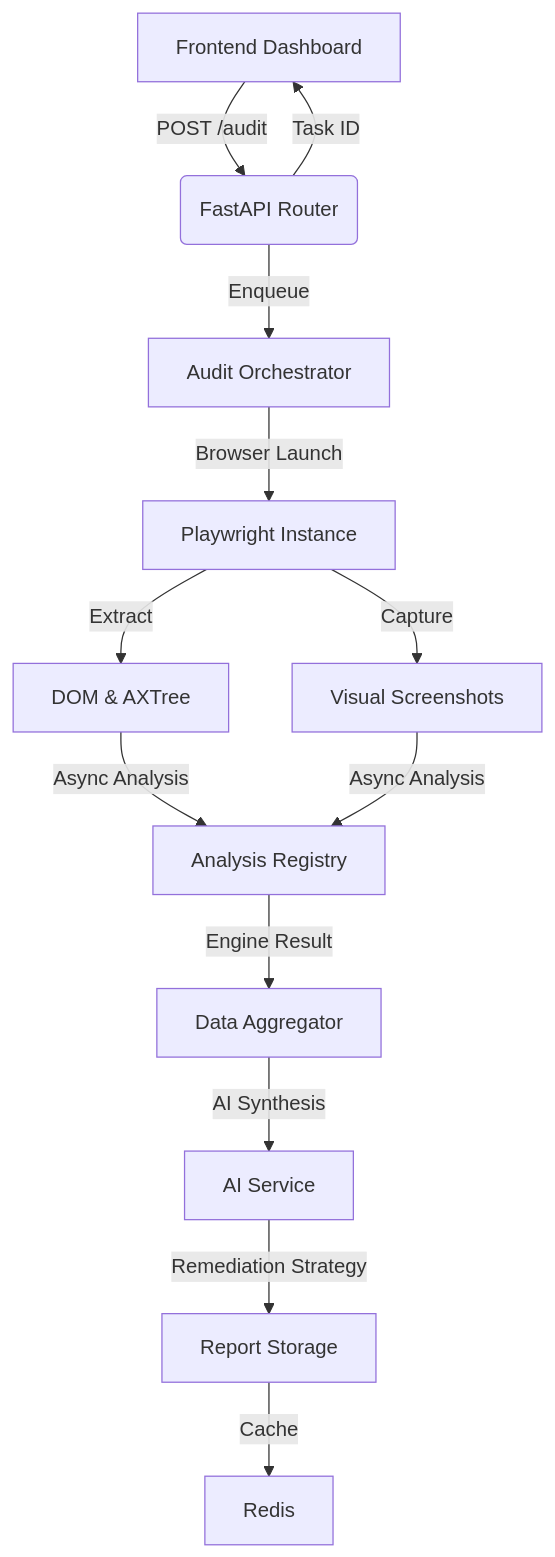
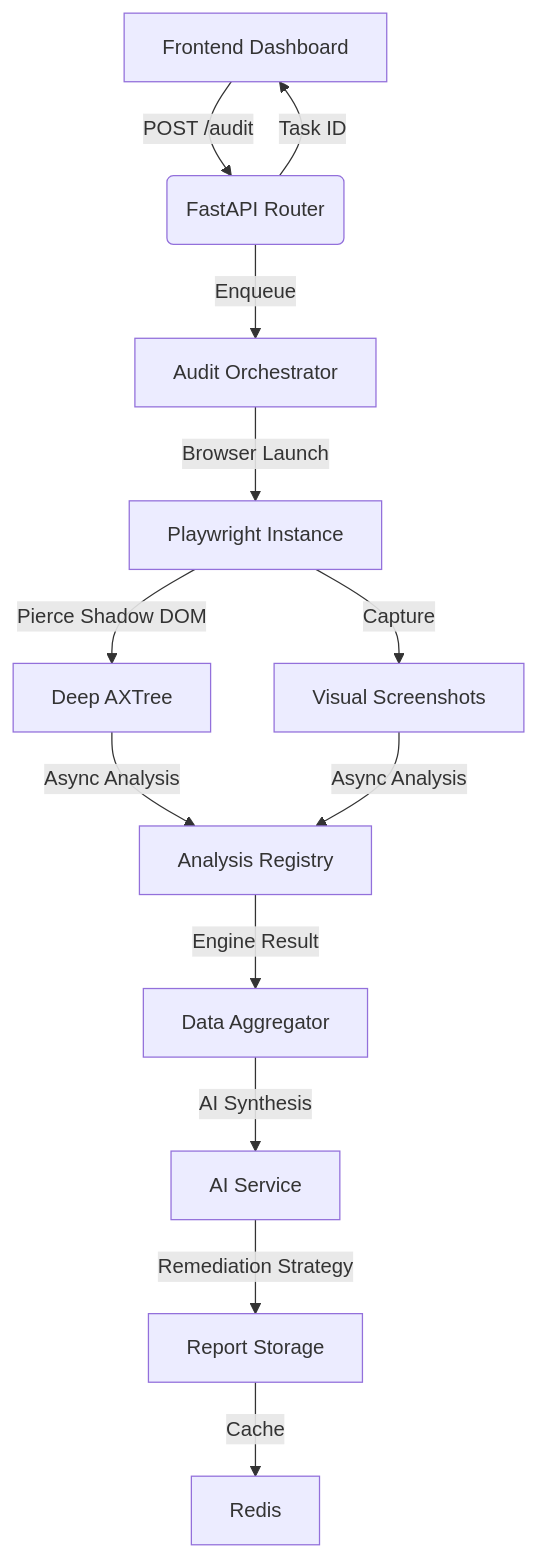
The diagram in backend/ARCHITECTURE.md (Cyberpunk-San/Accesslens), drawn with Mermaid before and after one commit. The commit also changed other lines of this file and 35 other files, not shown here.

Commit message:
shadow dom files integrated,ssrf network config changed, ai engine enhanced,ui enhanced, docs updated

````diff
--- a/backend/ARCHITECTURE.md
+++ b/backend/ARCHITECTURE.md
@@ -21,14 +21,14 @@
 ```mermaid
 graph TD
     A[Frontend Dashboard] -->|POST /audit| B(FastAPI Router)
     B -->|Task ID| A
     B -->|Enqueue| C[Audit Orchestrator]
     C -->|Browser Launch| D[Playwright Instance]
-    D -->|Extract| E[DOM & AXTree]
+    D -->|Pierce Shadow DOM| E[Deep AXTree]
     D -->|Capture| F[Visual Screenshots]
     E & F -->|Async Analysis| G[Analysis Registry]
     G -->|Engine Result| H[Data Aggregator]
     H -->|AI Synthesis| I[AI Service]
     I -->|Remediation Strategy| J[Report Storage]
     J -->|Cache| K[Redis]
 ```
````
